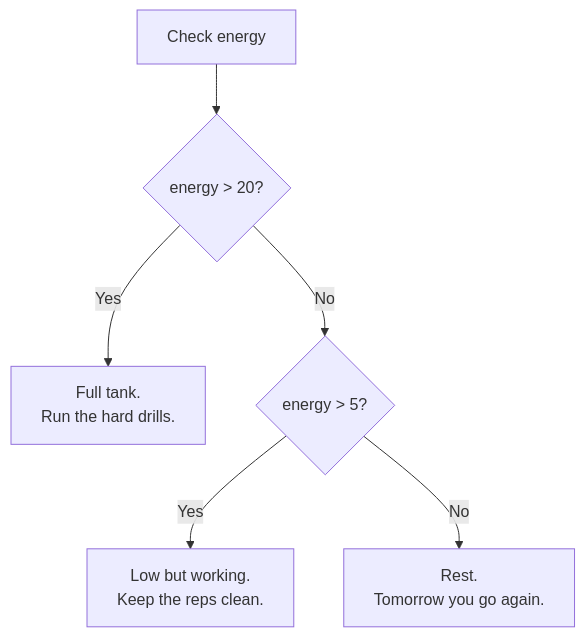
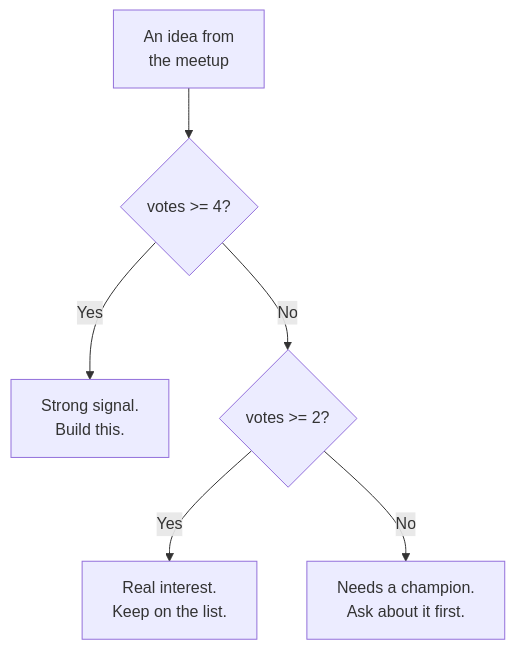
Before and after one commit to AutoNateAI/roblox-gamelab-2: the diagram in apps/marketplace/content/tutorials/intro-to-javascript-for-beginners/03-control-flow.md, drawn with Mermaid. The commit also changed other lines of this file and 130 other files, not shown here.

````diff
--- a/apps/marketplace/content/tutorials/intro-to-javascript-for-beginners/03-control-flow.md
+++ b/apps/marketplace/content/tutorials/intro-to-javascript-for-beginners/03-control-flow.md
@@ -25,8 +53,8 @@
 ```mermaid
 flowchart TD
-  Start["Check energy"] --> Q{"energy > 20?"}
-  Q -->|Yes| A["Full tank.<br/>Run the hard drills."]
-  Q -->|No| Q2{"energy > 5?"}
-  Q2 -->|Yes| B["Low but working.<br/>Keep the reps clean."]
-  Q2 -->|No| C["Rest.<br/>Tomorrow you go again."]
+  Start["An idea from<br/>the meetup"] --> Q{"votes >= 4?"}
+  Q -->|Yes| A["Strong signal.<br/>Build this."]
+  Q -->|No| Q2{"votes >= 2?"}
+  Q2 -->|Yes| B["Real interest.<br/>Keep on the list."]
+  Q2 -->|No| C["Needs a champion.<br/>Ask about it first."]
 ```
````
